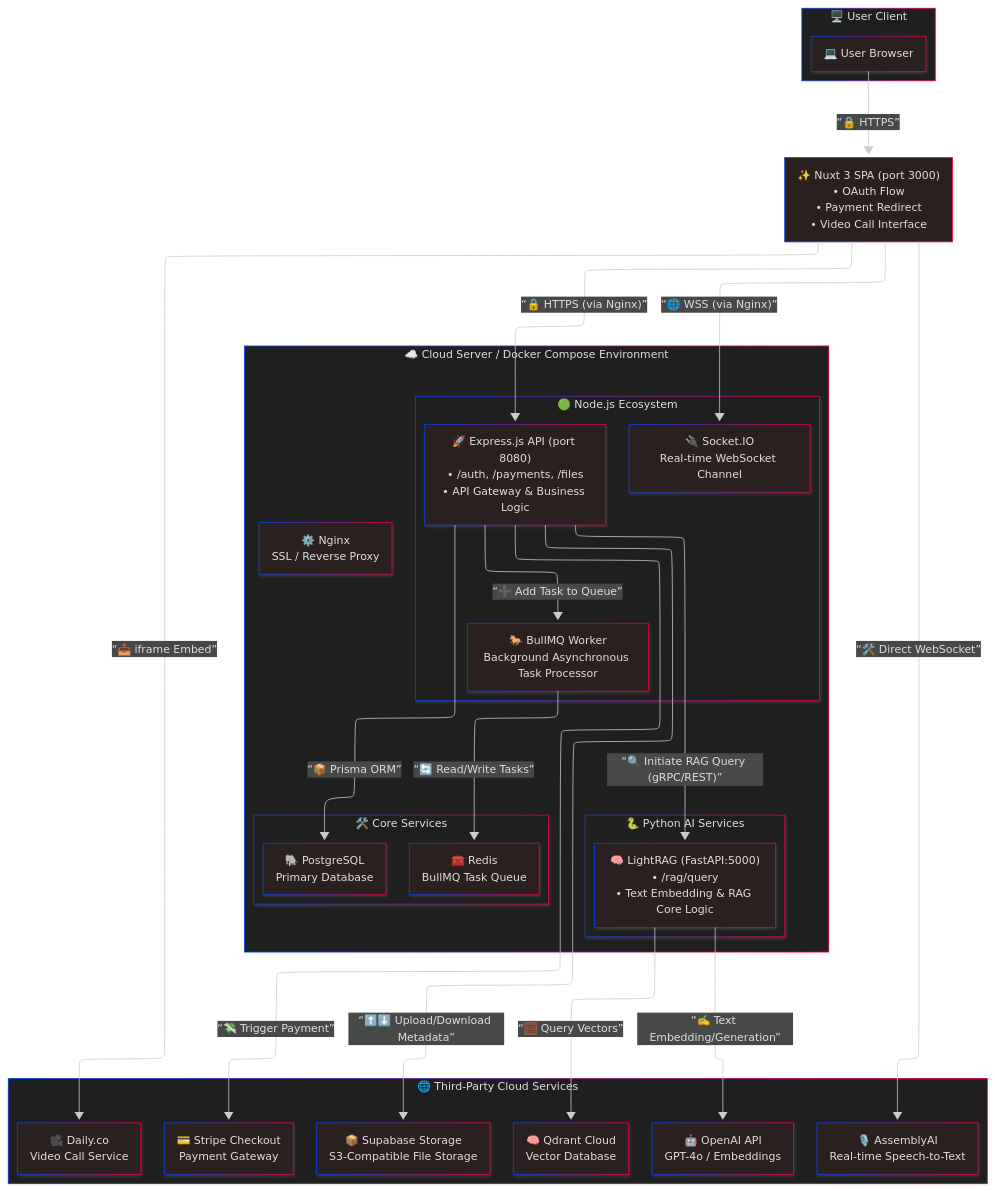
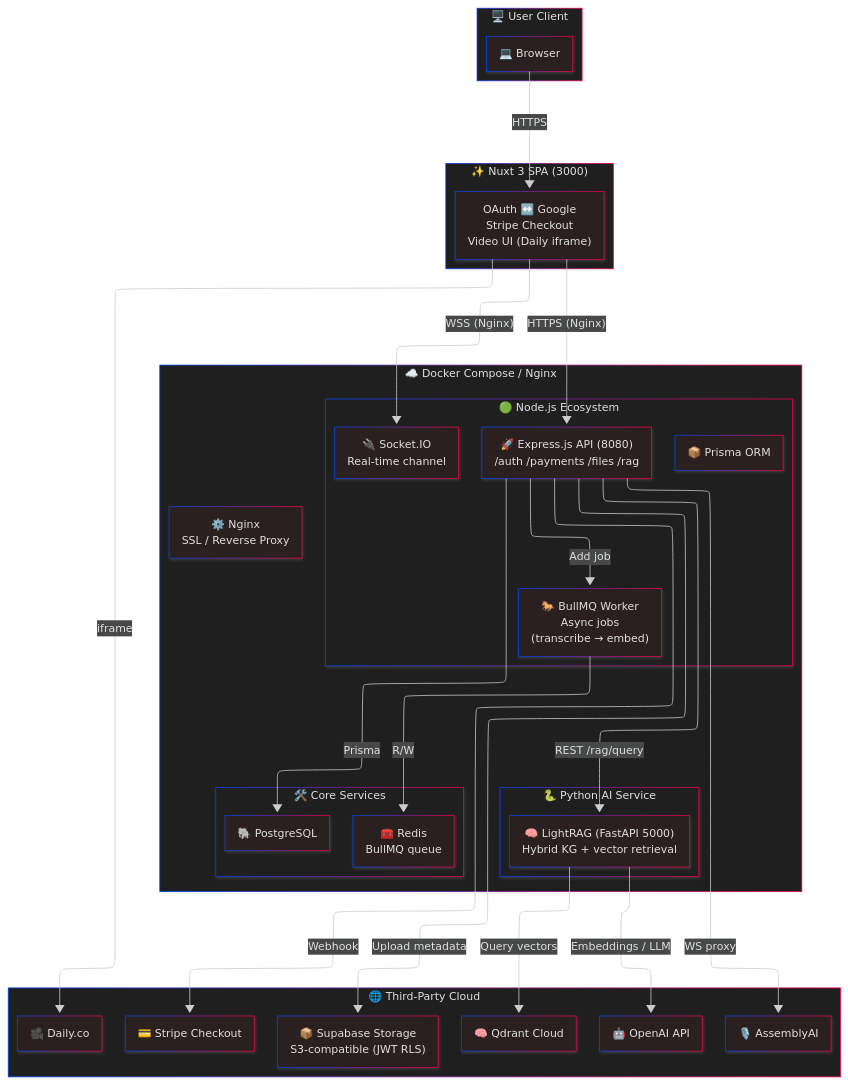
The diagram in README.md (UTSC-CSCC09-Programming-on-the-Web/project-medeoplus), drawn with Mermaid before and after one commit. The commit also changed other lines of this file, not shown here.

`````diff
--- a/README.md
+++ b/README.md
@@ -25,58 +24,69 @@
 ```mermaid
 ---
 config:
   layout: elk
   theme: neo-dark
   look: neo
 ---
 flowchart TD
-  subgraph subGraph0["🖥️ User Client"]
-    User["💻 User Browser"]
+  subgraph client["🖥️ User Client"]
+    User["💻 Browser"]
   end
 
-  subgraph subGraph1["🟢 Node.js Ecosystem"]
-    Express["🚀 Express.js API (port 8080)\n• /auth, /payments, /files\n• API Gateway & Business Logic"]
-    SocketIO["🔌 Socket.IO\nReal-time WebSocket Channel"]
-    BullMQ["🐎 BullMQ Worker\nBackground Asynchronous Task Processor"]
+  subgraph nuxt["✨ Nuxt 3 SPA (3000)"]
+    NuxtNode["OAuth ↔️ Google<br/>Stripe Checkout<br/>Video UI (Daily iframe)"]
   end
 
-  subgraph subGraph2["🐍 Python AI Services"]
-    LightRAG["🧠 LightRAG (FastAPI:5000)\n• /rag/query\n• Text Embedding & RAG Core Logic"]
+  subgraph nodeSvc["🟢 Node.js Ecosystem"]
+    Express["🚀 Express.js API (8080)<br/>/auth /payments /files /rag"]
+    SocketIO["🔌 Socket.IO<br/>Real‑time channel"]
+    BullMQ["🐎 BullMQ Worker<br/>Async jobs<br/>(transcribe → embed)"]
+    Prisma["📦 Prisma ORM"]
   end
 
-  subgraph s1["🛠️ Core Services"]
-    Postgres["🐘 PostgreSQL\nPrimary Database"]
-    Redis["🧰 Redis\nBullMQ Task Queue"]
+  subgraph pySvc["🐍 Python AI Service"]
+    LightRAG["🧠 LightRAG (FastAPI 5000)<br/>Hybrid KG + vector retrieval"]
   end
 
-  subgraph subGraph4["☁️ Cloud Server / Docker Compose Environment"]
-    Nginx["⚙️ Nginx\nSSL / Reverse Proxy"]
-    subGraph1
-    subGraph2
-    s1
+  subgraph core["🛠️ Core Services"]
+    Postgres["🐘 PostgreSQL"]
+    Redis["🧰 Redis<br/>BullMQ queue"]
   end
 
-  subgraph subGraph5["🌐 Third-Party Cloud Services"]
-    Supabase["📦 Supabase Storage\nS3-Compatible File Storage"]
-    Qdrant["🧠 Qdrant Cloud\nVector Database"]
-    Stripe["💳 Stripe Checkout\nPayment Gateway"]
-    OpenAI["🤖 OpenAI API\nGPT-4o / Embeddings"]
-    AssemblyAI["🎙️ AssemblyAI\nReal-time Speech-to-Text"]
-    Daily["🎥 Daily.co\nVideo Call Service"]
+  subgraph infra["☁️ Docker Compose / Nginx"]
+    Nginx["⚙️ Nginx<br/>SSL / Reverse Proxy"]
+    nodeSvc
+    pySvc
+    core
   end
 
-  User -- “🔒 HTTPS” --> NuxtNode["✨ Nuxt 3 SPA (port 3000)\n• OAuth Flow\n• Payment Redirect\n• Video Call Interface"]
-  NuxtNode -- “🔒 HTTPS (via Nginx)” --> Express
-  NuxtNode -- “🌐 WSS (via Nginx)” --> SocketIO
-  Express -- “📦 Prisma ORM” --> Postgres
-  Express -- “⬆️⬇️ Upload/Download Metadata” --> Supabase
-  Express -- “💸 Trigger Payment” --> Stripe
-  Express -- “🔍 Initiate RAG Query (gRPC/REST)” --> LightRAG
-  Express -- “➕ Add Task to Queue” --> BullMQ
-  BullMQ -- “🔄 Read/Write Tasks” --> Redis
-  LightRAG -- “🧮 Query Vectors” --> Qdrant
-  LightRAG -- “✍️ Text Embedding/Generation” --> OpenAI
-  NuxtNode -- “📥 iframe Embed” --> Daily
-  NuxtNode -- “🛠️ Direct WebSocket” --> AssemblyAI
+  subgraph third["🌐 Third‑Party Cloud"]
+    Supa["📦 Supabase Storage<br/>S3‑compatible (JWT RLS)"]
+    Qdrant["🧠 Qdrant Cloud"]
+    Stripe["💳 Stripe Checkout"]
+    OpenAI["🤖 OpenAI API"]
+    AssemblyAI["🎙️ AssemblyAI"]
+    Daily["🎥 Daily.co"]
+  end
 
-```
+  %% client paths
+  User -- "HTTPS" --> NuxtNode
+  NuxtNode -- "HTTPS (Nginx)" --> Express
+  NuxtNode -- "WSS (Nginx)" --> SocketIO
+  NuxtNode -- "iframe" --> Daily
+
+  %% node paths
+  Express -- "Prisma" --> Postgres
+  Express -- "Upload metadata" --> Supa
+  Express -- "REST /rag/query" --> LightRAG
+  Express -- "Add job" --> BullMQ
+  Express -- "Webhook" --> Stripe
+  BullMQ -- "R/W" --> Redis
+
+  %% py paths
+  LightRAG -- "Query vectors" --> Qdrant
+  LightRAG -- "Embeddings / LLM" --> OpenAI
+
+  %% transcription
+  Express -- "WS proxy" --> AssemblyAI
+````
`````
